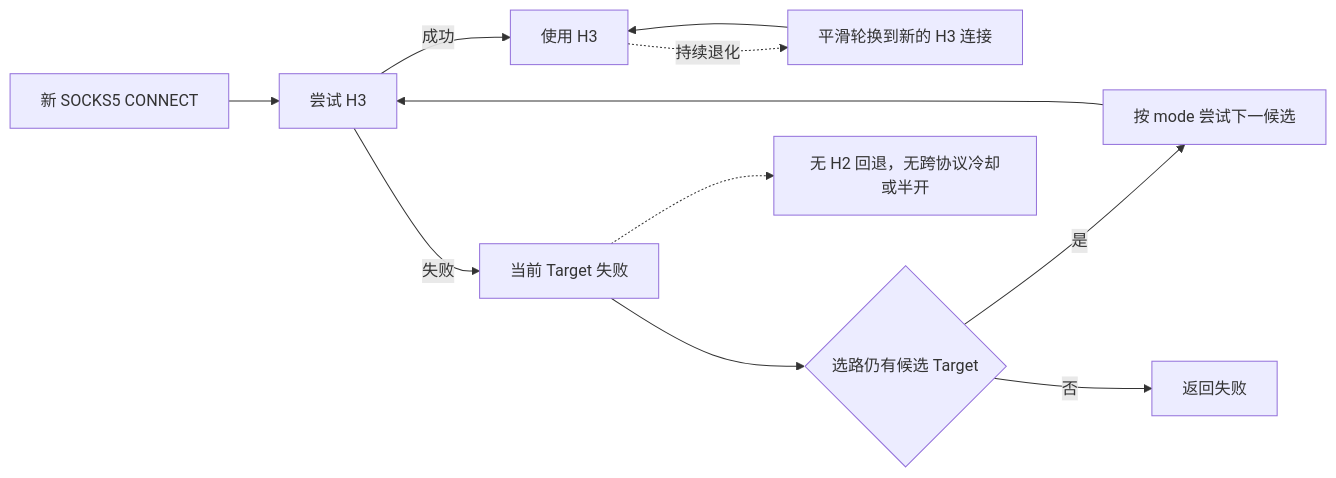
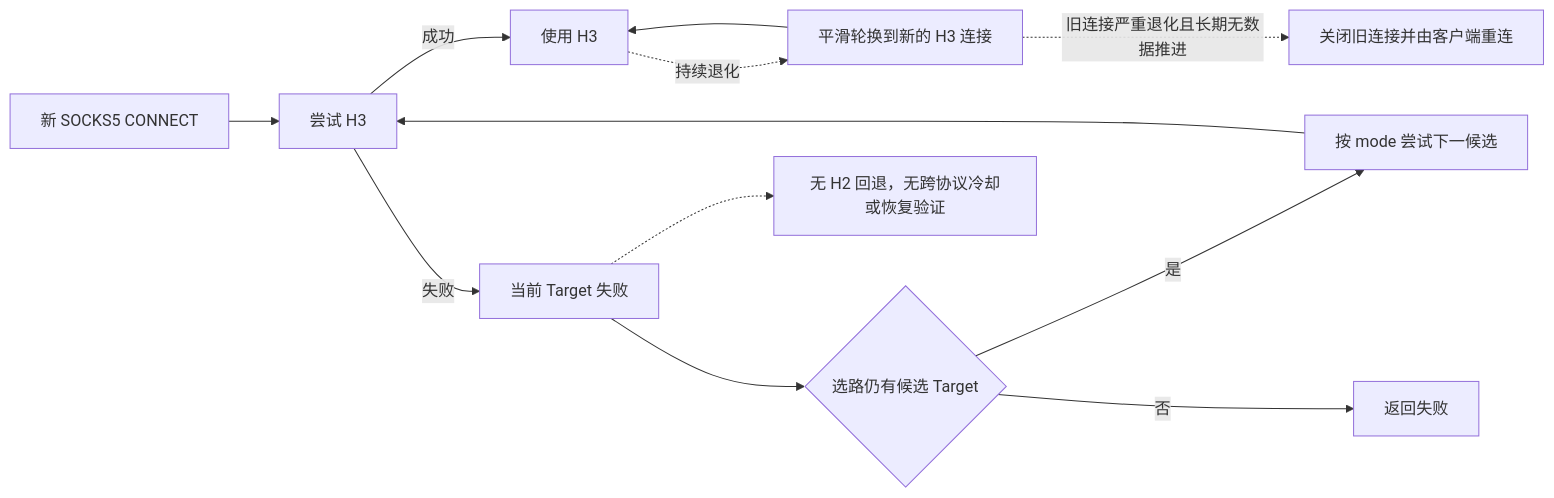
The third of 4 diagrams in README.md (cppla/moto), drawn with Mermaid before and after one commit. The commit also changed other lines of this file and 12 other files, not shown here.

````diff
--- a/README.md
+++ b/README.md
@@ -81,13 +87,14 @@
 ```mermaid
 flowchart LR
     A[新 SOCKS5 CONNECT] --> B[尝试 H3]
     B -->|成功| C[使用 H3]
     C -. 持续退化 .-> H[平滑轮换到新的 H3 连接]
     H --> C
+    H -. 旧连接严重退化且长期无数据推进 .-> J[关闭旧连接并由客户端重连]
     B -->|失败| D[当前 Target 失败]
     D --> E{选路仍有候选 Target}
     E -->|是| F[按 mode 尝试下一候选]
     F --> B
     E -->|否| G[返回失败]
-    D -.-> I[无 H2 回退，无跨协议冷却或半开]
+    D -.-> I[无 H2 回退，无跨协议冷却或恢复验证]
 ```
````
